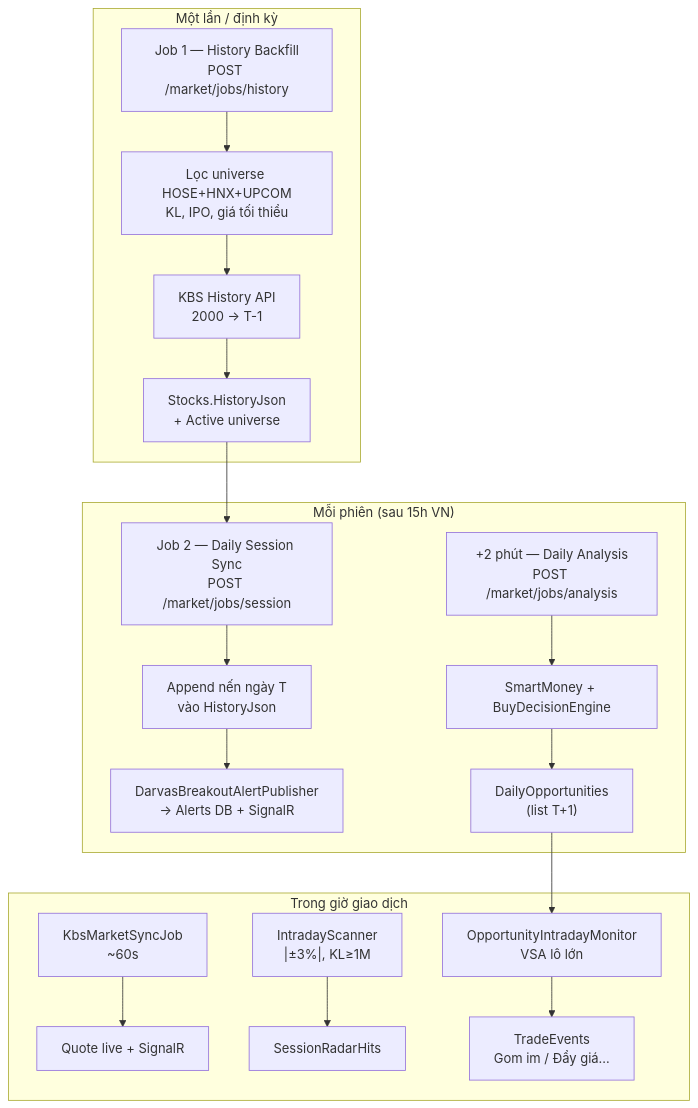
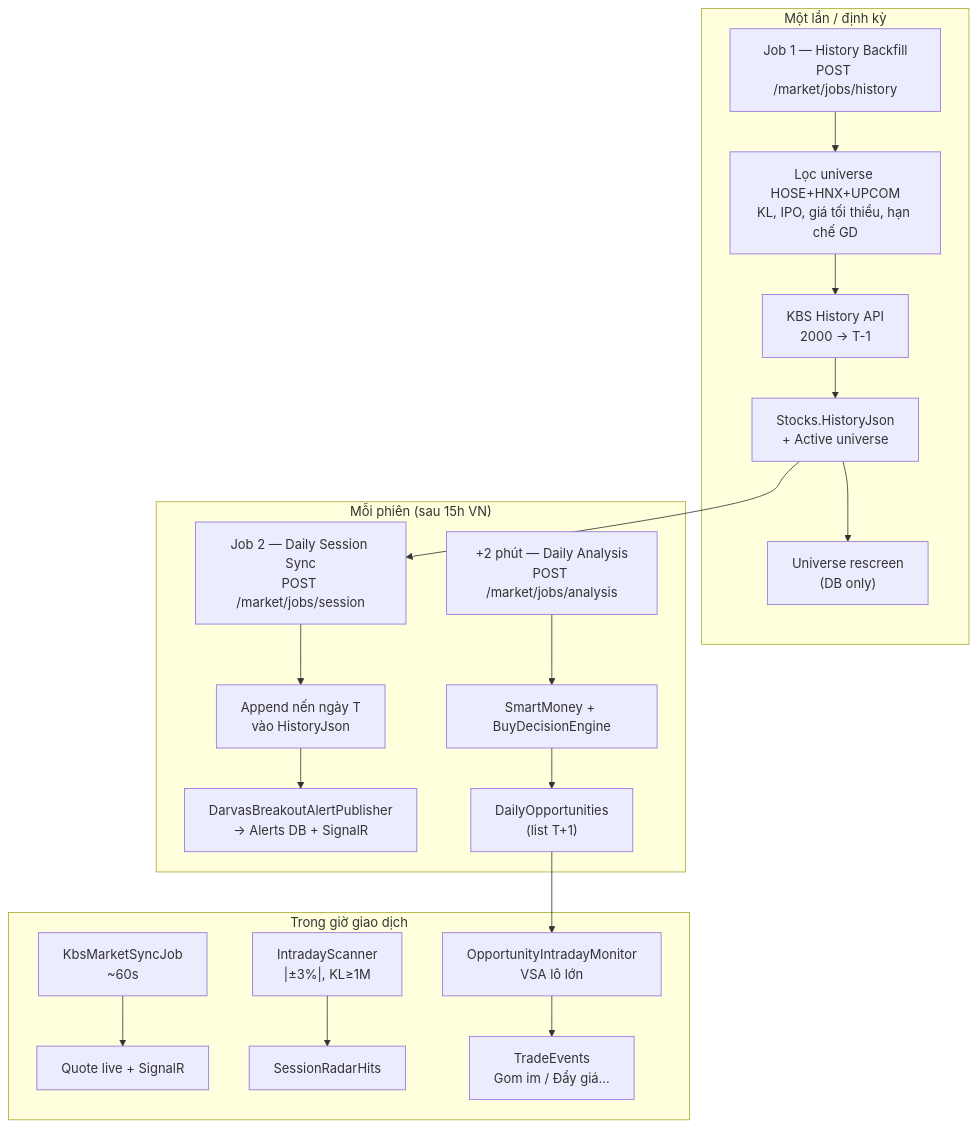
Before and after one commit to Benjamincntt/StockRadar: the second of 7 diagrams in docs/project-data-flow.md, drawn with Mermaid. The commit also changed other lines of this file and 11 other files, not shown here.

Commit message:
Job 1 owns KBS universe; Job 2+ only DB + session quotes

````diff
--- a/docs/project-data-flow.md
+++ b/docs/project-data-flow.md
@@ -54,30 +53,31 @@
 ```mermaid
 flowchart TB
     subgraph T0["Một lần / định kỳ"]
         J1["Job 1 — History Backfill\nPOST /market/jobs/history"]
-        J1 --> U["Lọc universe HOSE+HNX+UPCOM\nKL, IPO, giá tối thiểu"]
+        J1 --> U["Lọc universe HOSE+HNX+UPCOM\nKL, IPO, giá tối thiểu, hạn chế GD"]
         U --> H["KBS History API\n2000 → T-1"]
         H --> SJ["Stocks.HistoryJson\n+ Active universe"]
+        SJ --> RS["Universe rescreen\n(DB only)"]
     end
 
     subgraph T_SESSION["Mỗi phiên (sau 15h VN)"]
         J2["Job 2 — Daily Session Sync\nPOST /market/jobs/session"]
         J2 --> APP["Append nến ngày T\nvào HistoryJson"]
         APP --> DAR["DarvasBreakoutAlertPublisher\n→ Alerts DB + SignalR"]
         J2A["+2 phút — Daily Analysis\nPOST /market/jobs/analysis"]
         J2A --> SM["SmartMoney + BuyDecisionEngine"]
         SM --> DO["DailyOpportunities\n(list T+1)"]
     end
 
     subgraph T_INTRADAY["Trong giờ giao dịch"]
         SYNC["KbsMarketSyncJob\n~60s"]
         SCAN["IntradayScanner\n|±3%|, KL≥1M"]
         MON["OpportunityIntradayMonitor\nVSA lô lớn"]
         SYNC --> Q["Quote live + SignalR"]
         SCAN --> RAD["SessionRadarHits"]
         MON --> TR["TradeEvents\nGom im / Đẩy giá…"]
     end
 
     SJ --> J2
     DO --> MON
 ```
````
